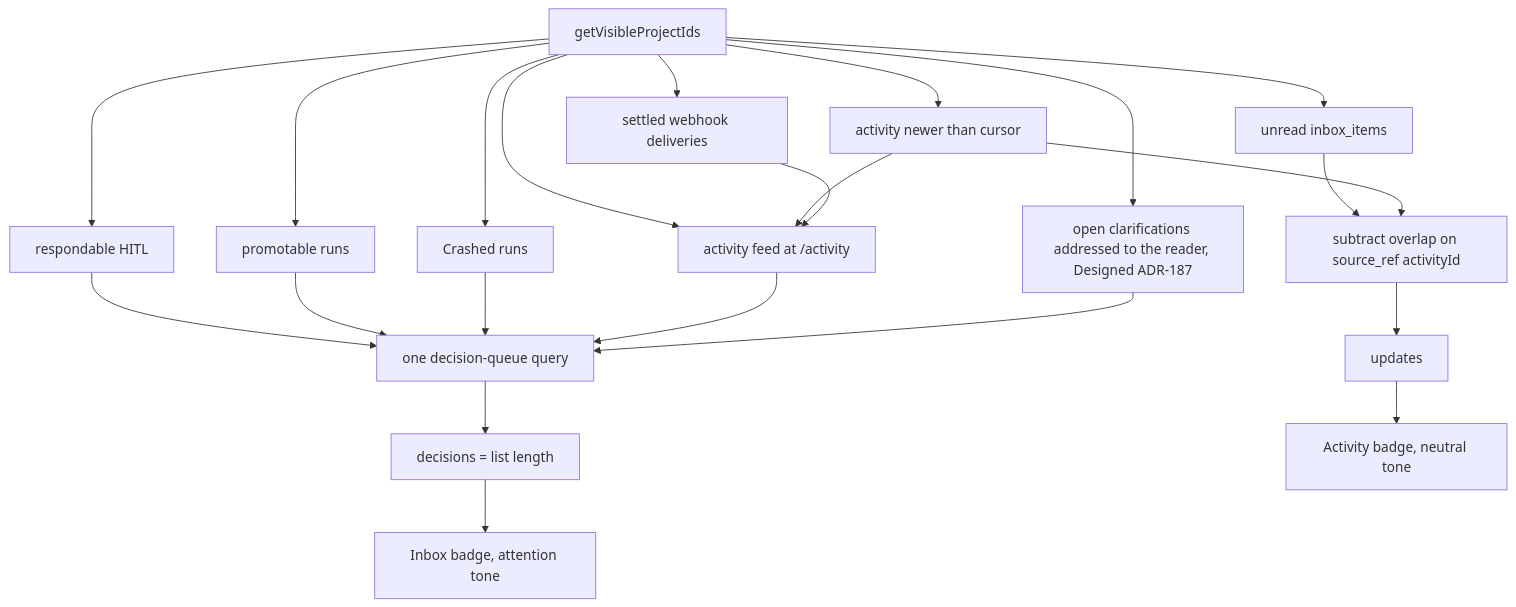
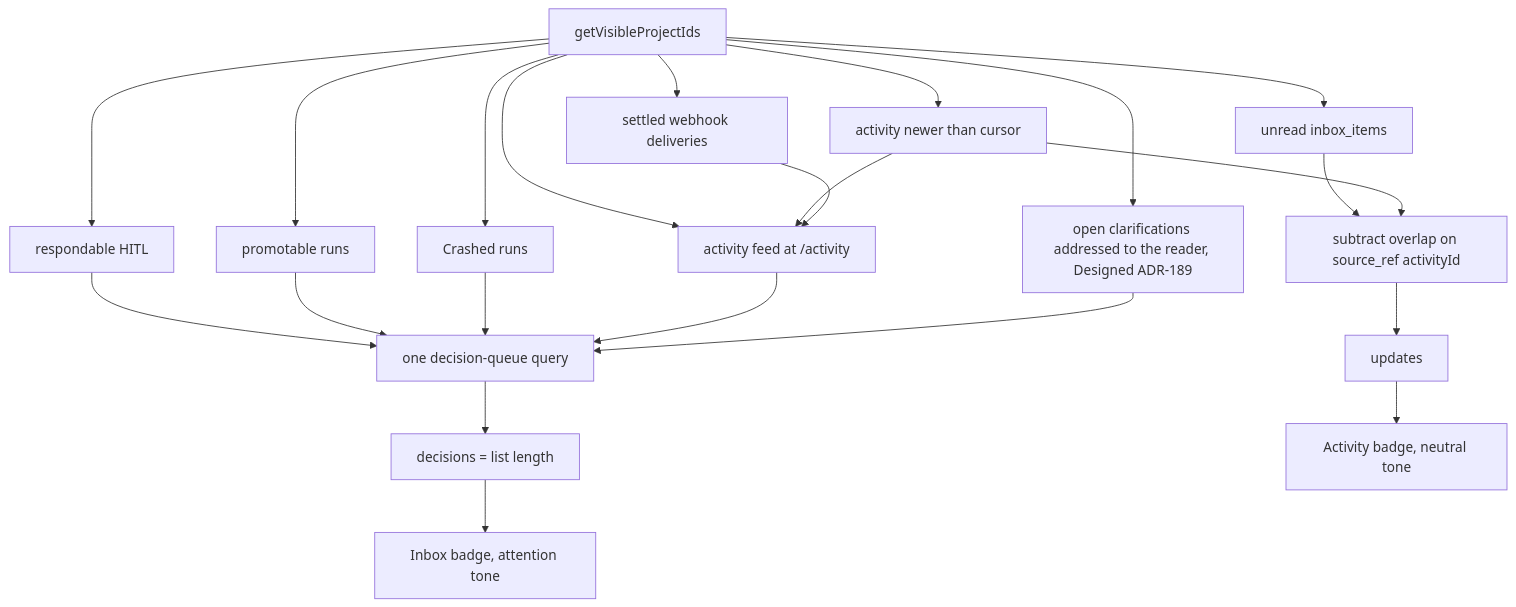
Before and after one commit to maister-dev/maister: the second of 4 diagrams in docs/system-analytics/attention.md, drawn with Mermaid. The commit also changed other lines of this file and 171 other files, not shown here.

````diff
--- a/docs/system-analytics/attention.md
+++ b/docs/system-analytics/attention.md
@@ -71,24 +71,24 @@
 ```mermaid
 flowchart TD
     V["getVisibleProjectIds"] --> H["respondable HITL"]
     V --> P["promotable runs"]
     V --> C["Crashed runs"]
     V --> F["triage-flagged tasks"]
-    V --> K["open clarifications addressed to the reader, Designed ADR-187"]
+    V --> K["open clarifications addressed to the reader, Designed ADR-189"]
     H --> Q["one decision-queue query"]
     P --> Q
     C --> Q
     F --> Q
     K --> Q
     Q --> QC["decisions = list length"]
     V --> U["unread inbox_items"]
     V --> A["activity newer than cursor"]
     V --> W["settled webhook deliveries"]
     A --> F["activity feed at /activity"]
     W --> F
     U --> M["subtract overlap on source_ref activityId"]
     A --> M
     M --> UC["updates"]
     QC --> B1["Inbox badge, attention tone"]
     UC --> B2["Activity badge, neutral tone"]
 ```
````
